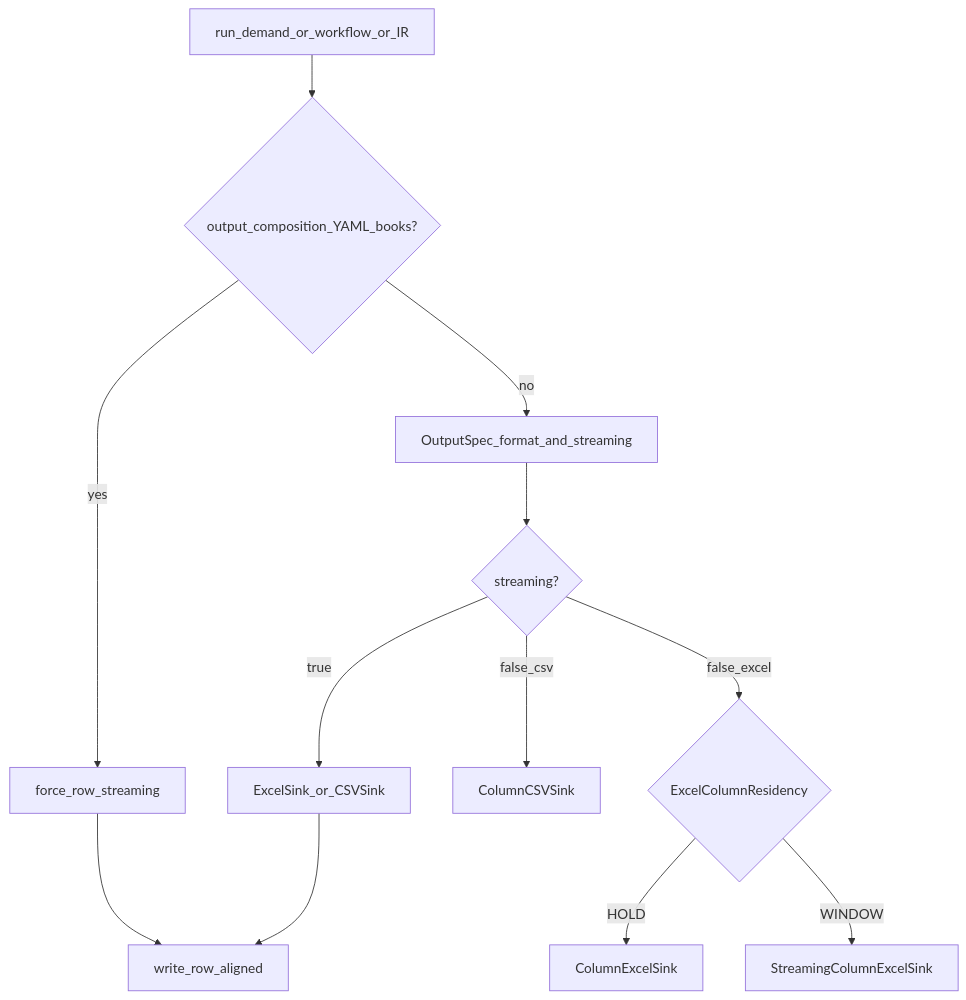
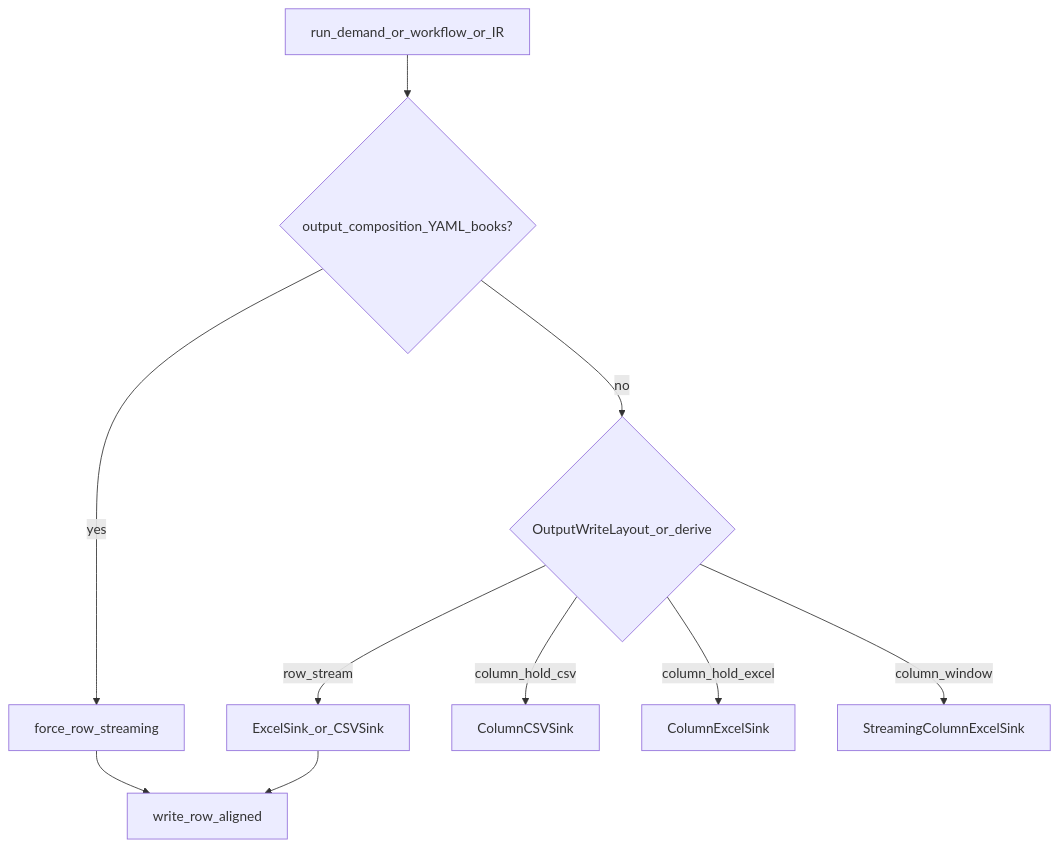
One commit to StrayDragon/scalim changed the diagram in docs/doc/getting-started/excel-column-residency.md. Above: the diagram before and after it, drawn with Mermaid. The commit also changed other lines of this file and 9 other files, not shown here.

First line of the commit message:
refactor: center OutputWriteLayout SSOT and drop dead file-sink flag

````diff
--- a/docs/doc/getting-started/excel-column-residency.md
+++ b/docs/doc/getting-started/excel-column-residency.md
@@ -117,15 +128,13 @@
 ```mermaid
 flowchart TD
   entry[run_demand_or_workflow_or_IR]
   entry --> hasComp{output_composition_YAML_books?}
   hasComp -->|yes| rowForced[force_row_streaming]
-  hasComp -->|no| irOut[OutputSpec_format_and_streaming]
+  hasComp -->|no| layoutQ{OutputWriteLayout_or_derive}
   rowForced --> rowAligned[write_row_aligned]
-  irOut --> streamQ{streaming?}
-  streamQ -->|true| rowFile[ExcelSink_or_CSVSink]
-  streamQ -->|false_csv| colCsv[ColumnCSVSink]
-  streamQ -->|false_excel| resQ{ExcelColumnResidency}
-  resQ -->|HOLD| colHold[ColumnExcelSink]
-  resQ -->|WINDOW| colWin[StreamingColumnExcelSink]
+  layoutQ -->|row_stream| rowFile[ExcelSink_or_CSVSink]
+  layoutQ -->|column_hold_csv| colCsv[ColumnCSVSink]
+  layoutQ -->|column_hold_excel| colHold[ColumnExcelSink]
+  layoutQ -->|column_window| colWin[StreamingColumnExcelSink]
   rowFile --> rowAligned
 ```
````
